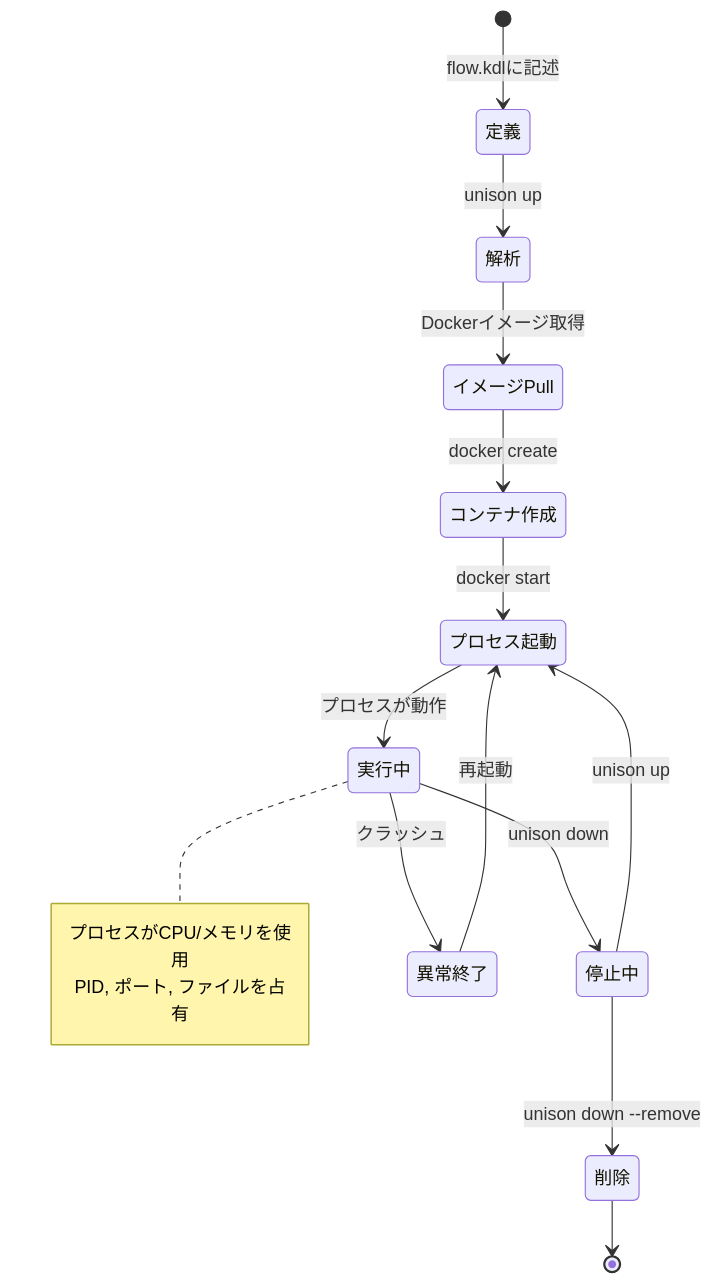
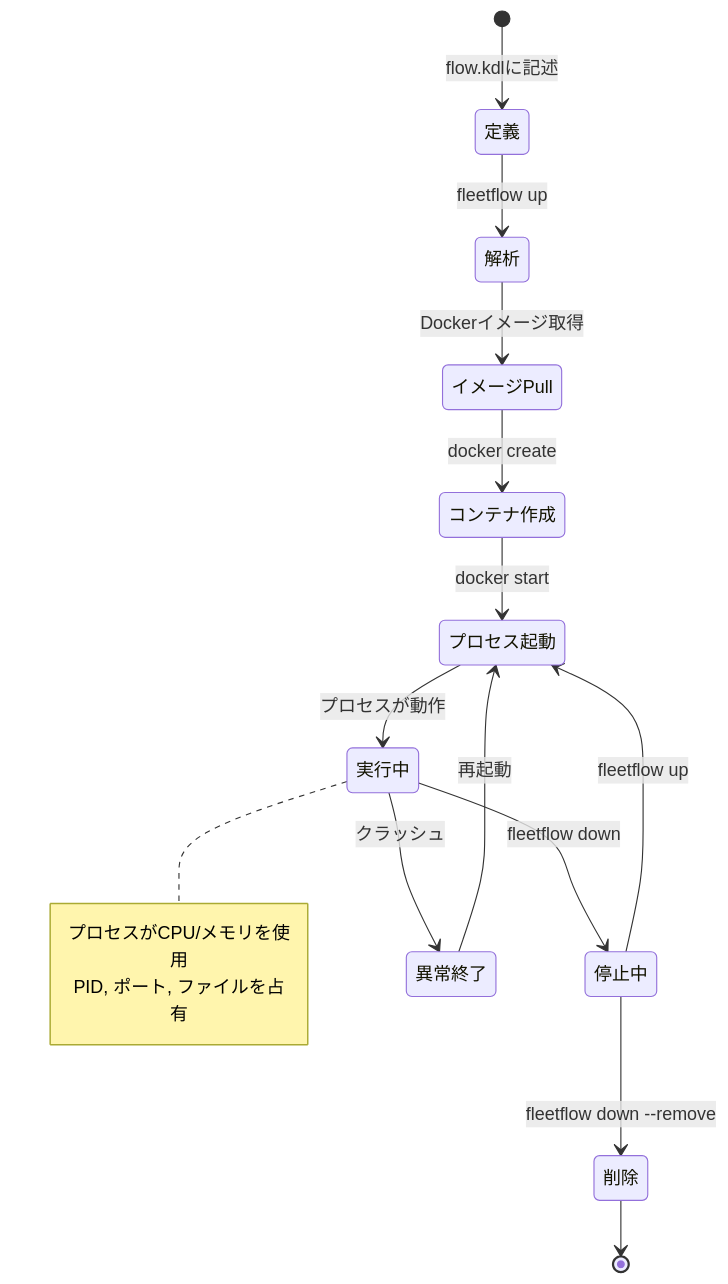
Before and after one commit to chronista-club/fleetflow: the fourth of 4 diagrams in spec/01-core-concept/SPEC.md, drawn with Mermaid. The commit also changed other lines of this file and 5 other files, not shown here.

````diff
--- a/spec/01-core-concept/SPEC.md
+++ b/spec/01-core-concept/SPEC.md
@@ -78,23 +78,23 @@
 ```mermaid
 stateDiagram-v2
     [*] --> 定義: flow.kdlに記述
-    定義 --> 解析: unison up
+    定義 --> 解析: fleetflow up
     解析 --> イメージPull: Dockerイメージ取得
     イメージPull --> コンテナ作成: docker create
     コンテナ作成 --> プロセス起動: docker start
     プロセス起動 --> 実行中: プロセスが動作
 
-    実行中 --> 停止中: unison down
-    停止中 --> プロセス起動: unison up
+    実行中 --> 停止中: fleetflow down
+    停止中 --> プロセス起動: fleetflow up
 
     実行中 --> 異常終了: クラッシュ
     異常終了 --> プロセス起動: 再起動
 
-    停止中 --> 削除: unison down --remove
+    停止中 --> 削除: fleetflow down --remove
     削除 --> [*]
 
     note right of 実行中
         プロセスがCPU/メモリを使用
         PID, ポート, ファイルを占有
     end note
 ```
````
